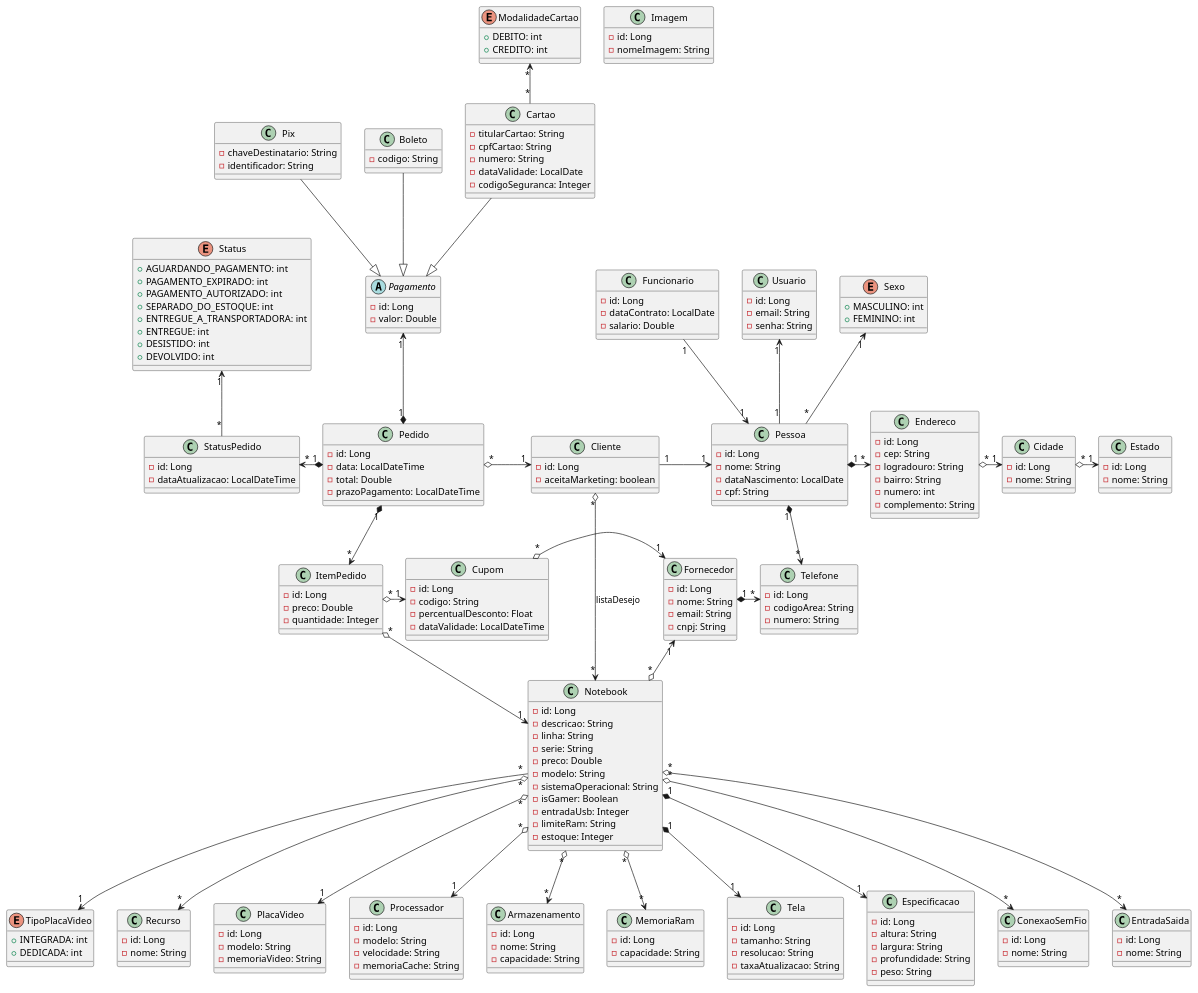
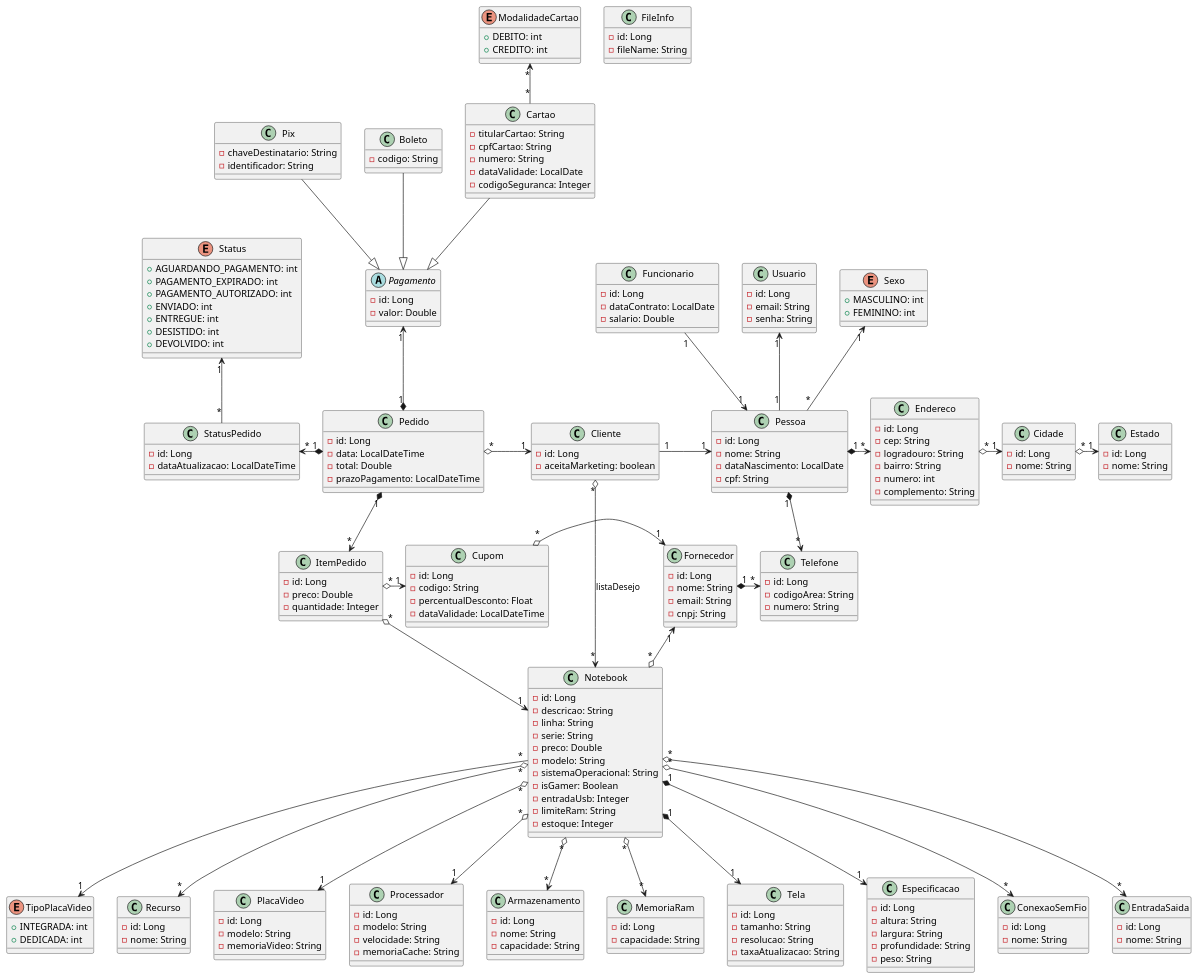
The diagram in src/main/resources/docs/uml_v2.plantuml (MatheusPontieri/E-commerce_Notebooks), drawn with PlantUML before and after one commit. The commit also changed 25 other files, not shown here.

```diff
--- a/src/main/resources/docs/uml_v2.plantuml
+++ b/src/main/resources/docs/uml_v2.plantuml
@@ -17,8 +17,7 @@
     + AGUARDANDO_PAGAMENTO: int
     + PAGAMENTO_EXPIRADO: int
     + PAGAMENTO_AUTORIZADO: int
-    + SEPARADO_DO_ESTOQUE: int
-    + ENTREGUE_A_TRANSPORTADORA: int
+    + ENVIADO: int
     + ENTREGUE: int
     + DESISTIDO: int
     + DEVOLVIDO: int
@@ -201,9 +200,9 @@
     - nome: String
 }
 
-class Imagem {
+class FileInfo {
     - id: Long
-    - nomeImagem: String
+    - fileName: String
 }
 
 Pedido "1" *--> "*" ItemPedido
```
